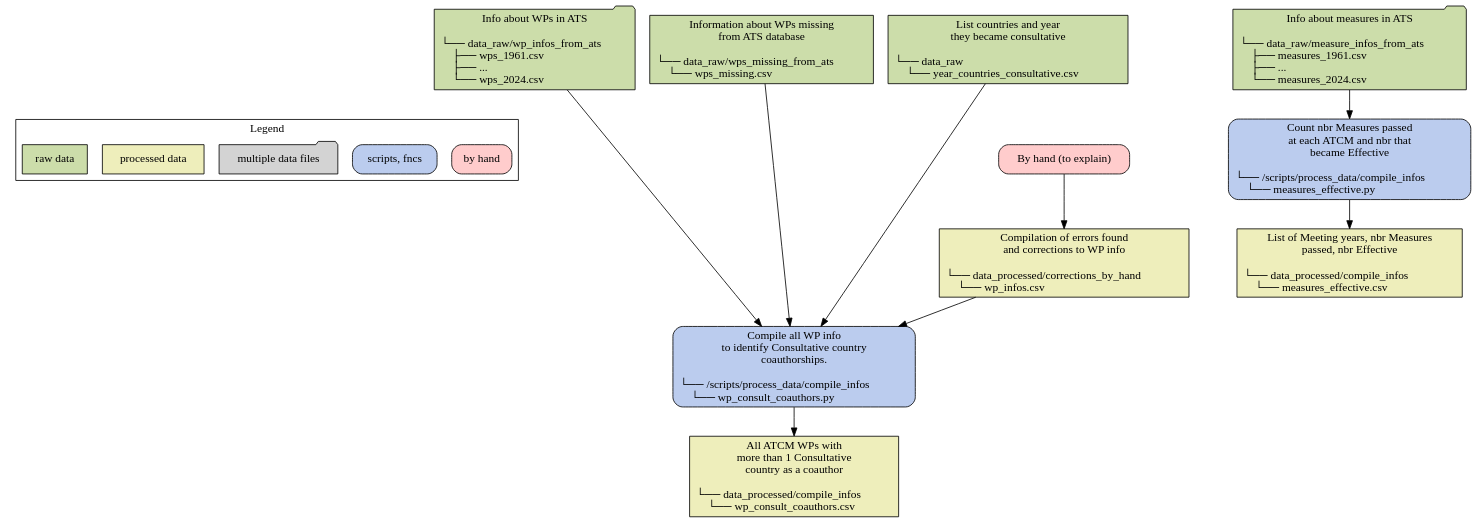
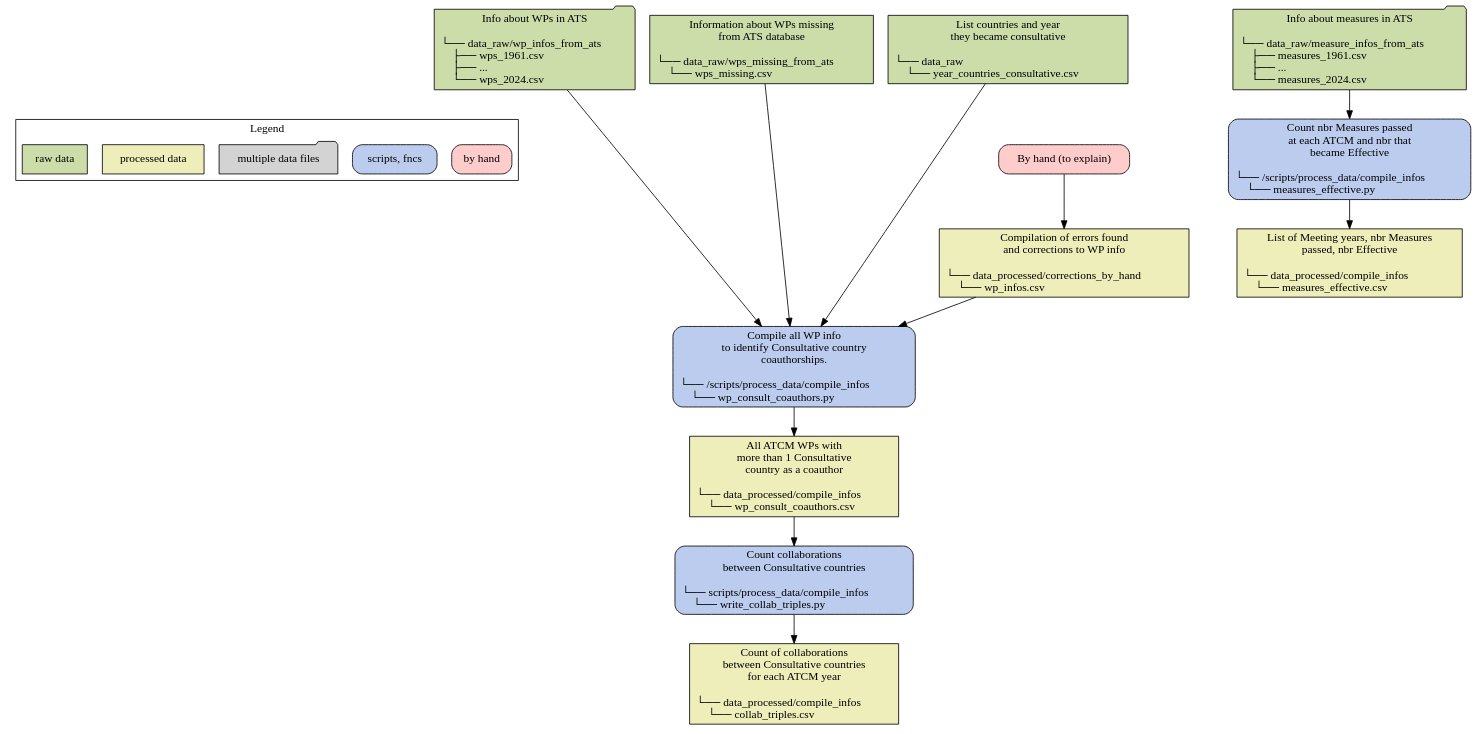
One commit to nadiahpk/antarctic-treaty-system-investigation changed the diagram in docs/data_processed/data_processed.dot. Above: the diagram before and after it, drawn with Graphviz. The commit also changed 5 other files, not shown here.

```diff
--- a/docs/data_processed/data_processed.dot
+++ b/docs/data_processed/data_processed.dot
@@ -1,63 +1,66 @@
 digraph {
 	graph [rankdir=TD];
 	node [label="\N", shape=rectangle, color="black"];
 
     // legend - separate out at end
     subgraph cluster_legend {
         label="Legend";
         leg3 [label="by hand", fillcolor="#ffcccc", style="rounded, filled"];
         // leg5 [label="scripts, fncs w. LLM", fillcolor="#cceeff", style="rounded, filled"];
         leg2 [label="scripts, fncs", fillcolor="#bbccee", style="rounded, filled"];
         leg4 [label="multiple data files", fillcolor="lightgray", style="filled", shape=folder];
         leg1 [label="processed data", fillcolor="#eeeebb", style="filled"];
         leg0 [label="raw data", fillcolor="#ccddaa", style="filled"];
         {rank="same" leg1 leg0 leg4 leg2 leg3};
     }
 
     // nodes
     { // raw data
         rank="source"
         node [fillcolor="#ccddaa", style="filled"];
         wp_infos_ats [label="Info about WPs in ATS\n\l└── data_raw/wp_infos_from_ats\l     ├── wps_1961.csv\l     ├── ...\l     └── wps_2024.csv\l",shape="folder"];
         wps_missing_csv [label="Information about WPs missing\nfrom ATS database\n\l└── data_raw/wps_missing_from_ats\l     └── wps_missing.csv\l"];
         measure_infos_ats [label="Info about measures in ATS\n\l└── data_raw/measure_infos_from_ats\l     ├── measures_1961.csv\l     ├── ...\l     └── measures_2024.csv\l",shape="folder"];
         year_countries_consultative [label="List countries and year\nthey became consultative\n\l└── data_raw\l     └── year_countries_consultative.csv\l"];
         // measure_texts_ats [label="Full text of measures as\n found on ATS website\n\l├── measure_texts_from_ats\l│    ├── 1961\l│    │    ├── Recommendation_I.txt\l│    │    ├── Recommendation_II.txt\l│    │    ├── ...\l│    ├── ...\l│    ├── 2024\l",shape="folder"];
         // list_of_docs_pdf [label="Documents that provide\na list of documents\nsubmitted to each ATCM\n\l├── list_of_docs\l│    ├── list_of_docs_1961.pdf\l│    ├── ...\l│    ├── list_of_docs_2001.pdf\l",shape="folder"];
         // list_of_docs_csv [label="Info about each list of documents\nfound including nbr WPs listed.\n\n├── list_of_docs\l│    ├── list_of_docs.csv\l"];
         // wps_missing_template [label="A template listing year, meeting,\nID number of missing WPs.\n\nwps_missing_from_ats/\nwps_missing_template.csv"];
         // wp_pdfs [label="Working Paper PDFs\n\n└── wp_pdfs\l     ├── 1968\l     ├── 1989\l     ├── 1995\l     └── 1998\l",shape="folder"];
         // fr_pdfs [label="Final Report PDFs\n\n└── fr_pdfs\l     ├── ATCM1_fr001_e.pdf\l     ├── ...\l     └── ATCM45_fr001_e.pdf\l",shape="folder"];
         // ATCMs [label="List ATCMs incl. year, name\n\nATCMs.csv"];
     }
     { // scripts and functions
         node [style="rounded, filled"];
         { // No LLM
             node [fillcolor="#bbccee"];
             compile_wp_consult_coauthors [label="Compile all WP info\nto identify Consultative country\ncoauthorships.\n\l└── /scripts/process_data/compile_infos\l     └── wp_consult_coauthors.py\l"];
             compile_measures_effective [label="Count nbr Measures passed\nat each ATCM and nbr that\nbecame Effective\n\l└── /scripts/process_data/compile_infos\l     └── measures_effective.py\l"];
+            write_collab_triples [label="Count collaborations\nbetween Consultative countries\n\l└── scripts/process_data/compile_infos\l     └── write_collab_triples.py\l"];
         }
         { // LLM
             node [fillcolor="#cceeff"];
         }
     }
     { // processed-data nodes
         node [fillcolor="#eeeebb", style="filled"];
         wp_consult_coauthors [label="All ATCM WPs with\nmore than 1 Consultative\ncountry as a coauthor\n\l└── data_processed/compile_infos\l     └── wp_consult_coauthors.csv\l"];
         corrns_wps [label="Compilation of errors found\nand corrections to WP info\n\l└── data_processed/corrections_by_hand\l     └── wp_infos.csv\l"];
         measures_effective [label="List of Meeting years, nbr Measures\npassed, nbr Effective\n\l└── data_processed/compile_infos\l     └── measures_effective.csv\l"];
+        collab_triples [label="Count of collaborations\nbetween Consultative countries\nfor each ATCM year\n\l└── data_processed/compile_infos\l     └── collab_triples.csv\l"];
     }
     { // by hand
         node [fillcolor="#ffcccc", style="rounded, filled"];
         make_corrns_wps [label="By hand (to explain)"];
     }
     { // Result
         node [shape="plaintext"];
         // dot_graph [label="Graph of connections between\n WPs, Recs, past and future meetings", fontsize="16"];
     }
 
     // connections
     make_corrns_wps -> corrns_wps;
     {wp_infos_ats wps_missing_csv corrns_wps year_countries_consultative} -> compile_wp_consult_coauthors -> wp_consult_coauthors;
     measure_infos_ats -> compile_measures_effective -> measures_effective;
+    wp_consult_coauthors -> write_collab_triples -> collab_triples;
 }
```
